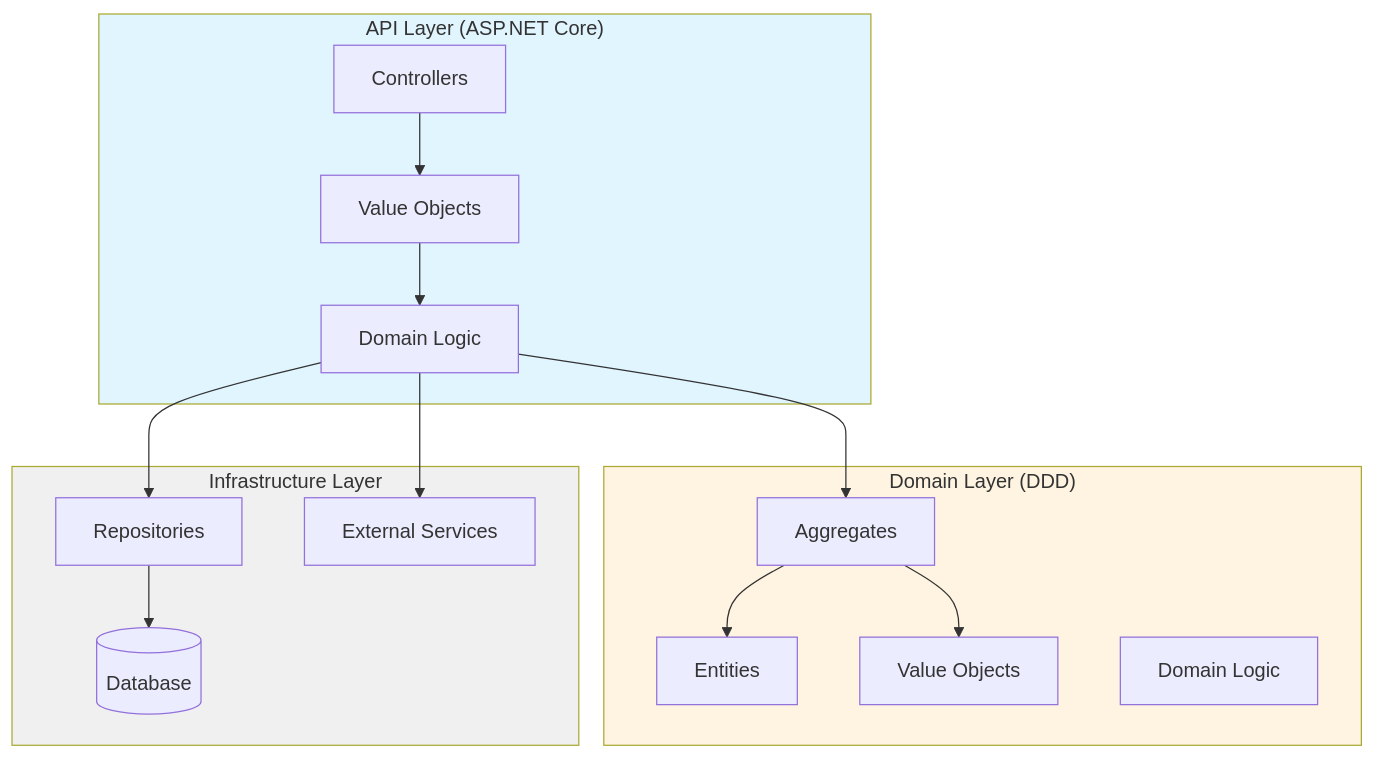
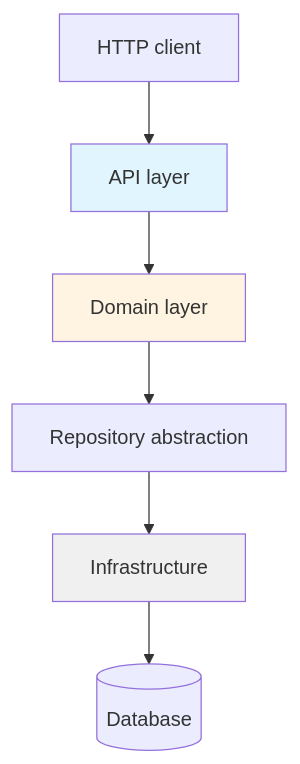
One commit to xavierjohn/Trellis changed the first of 3 diagrams in docs/docfx_project/articles/clean-architecture.md. Above: the diagram before and after it, drawn with Mermaid. The commit also changed other lines of this file and 107 other files, not shown here.

````diff
--- a/docs/docfx_project/articles/clean-architecture.md
+++ b/docs/docfx_project/articles/clean-architecture.md
@@ -59,34 +54,12 @@
 ```mermaid
 graph TB
-    subgraph API["API Layer (ASP.NET Core)"]
-        C[Controllers]
-        VO[Value Objects]
-        D[Domain Logic]
-    end
-    
-    subgraph Domain["Domain Layer (DDD)"]
-        A[Aggregates]
-        E[Entities]
-        VO2[Value Objects]
-        DL[Domain Logic]
-    end
-    
-    subgraph Infrastructure["Infrastructure Layer"]
-        R[Repositories]
-        DB[(Database)]
-        EXT[External Services]
-    end
-    
-    C --> VO
-    VO --> D
-    D --> A
-    A --> E
-    A --> VO2
-    D --> R
-    R --> DB
-    D --> EXT
-    
-    style API fill:#e1f5ff
+    Client[HTTP client] --> Api[API layer]
+    Api --> Domain[Domain layer]
+    Domain --> Repo[Repository abstraction]
+    Repo --> Infra[Infrastructure]
+    Infra --> Db[(Database)]
+
+    style Api fill:#e1f5ff
     style Domain fill:#fff4e1
-    style Infrastructure fill:#f0f0f0
+    style Infra fill:#f0f0f0
 ```
````
